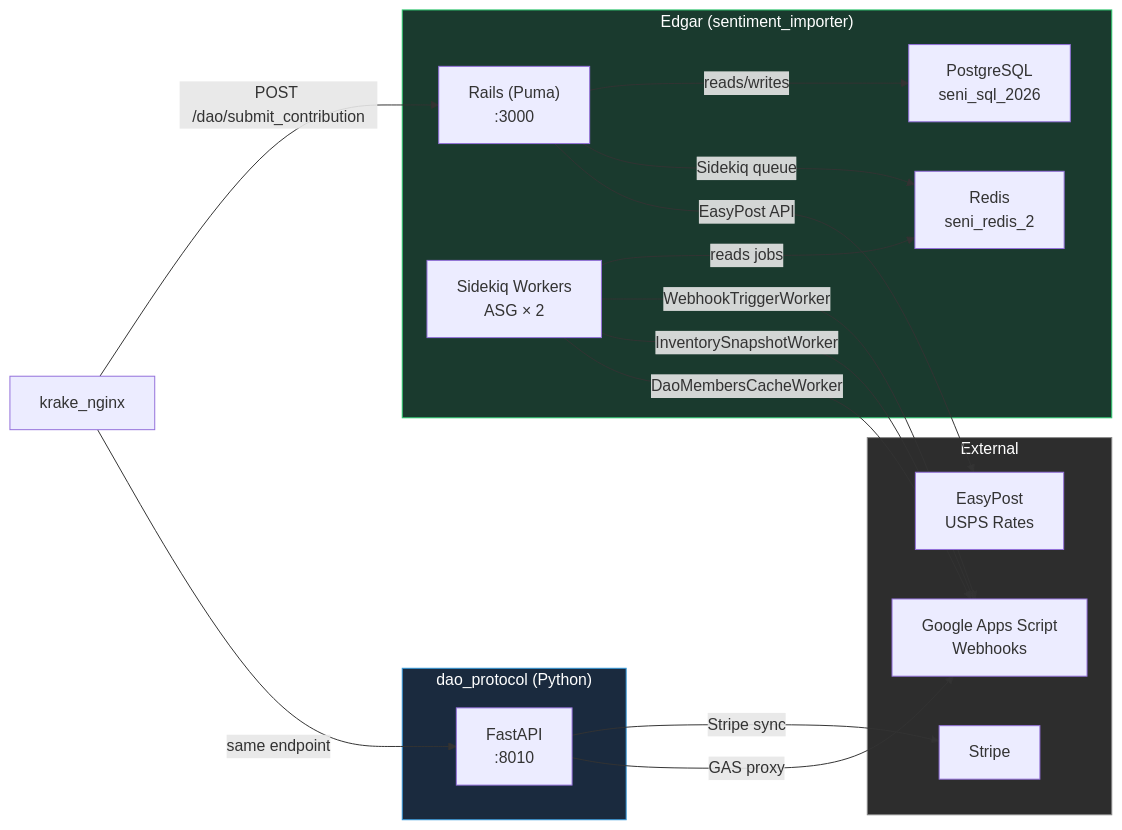
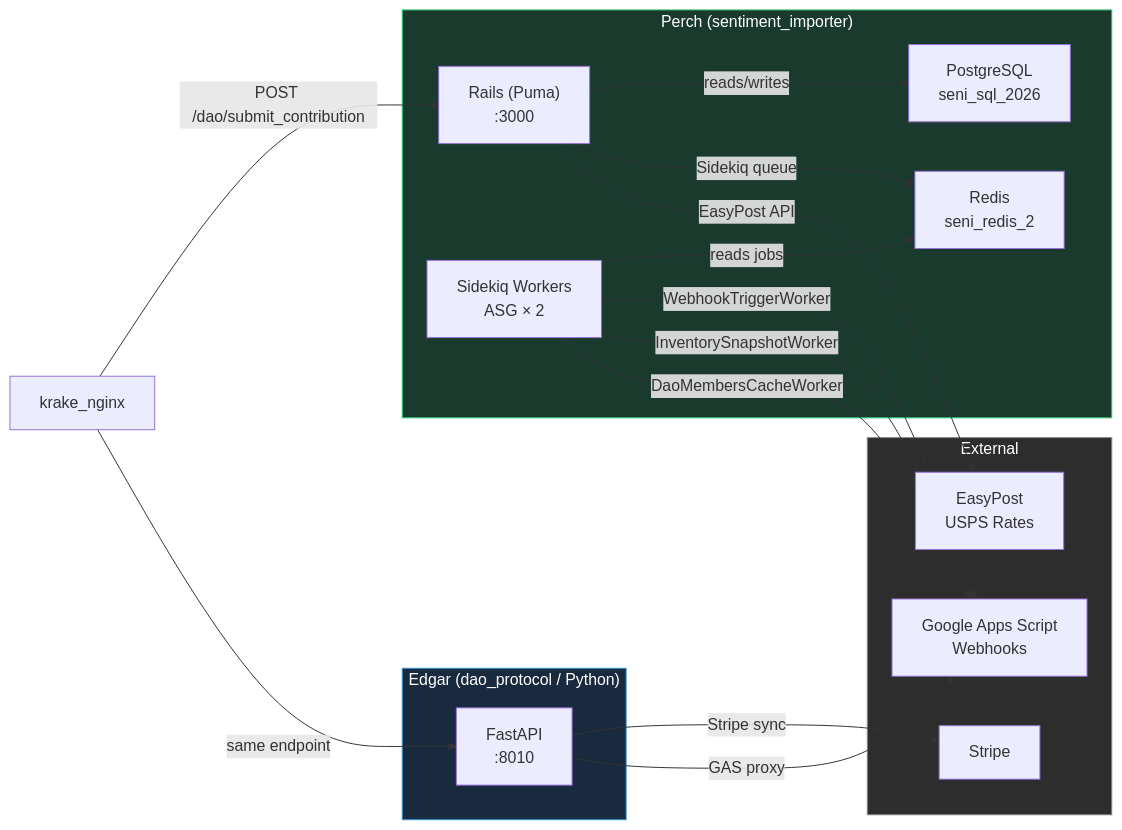
Before and after one commit to TrueSightDAO/agentic_ai_context: the second of 2 diagrams in AWS_DIGITAL_INFRASTRUCTURE.md, drawn with Mermaid. The commit also changed other lines of this file and 3 other files, not shown here.

First line of the commit message:
docs: refresh Edgar/Perch naming across all canonical context files

````diff
--- a/AWS_DIGITAL_INFRASTRUCTURE.md
+++ b/AWS_DIGITAL_INFRASTRUCTURE.md
@@ -65,37 +65,37 @@
 ```mermaid
 flowchart LR
     subgraph External["External"]
         GAS["Google Apps Script\nWebhooks"]
         Stripe["Stripe"]
         EasyPost["EasyPost\nUSPS Rates"]
     end
 
-    subgraph EdgarStack["Edgar (sentiment_importer)"]
+    subgraph PerchStack["Perch (sentiment_importer)"]
         Rails["Rails (Puma)\n:3000"]
         SK["Sidekiq Workers\nASG × 2"]
         PG["PostgreSQL\nseni_sql_2026"]
         RD["Redis\nseni_redis_2"]
     end
 
-    subgraph PythonStack["dao_protocol (Python)"]
+    subgraph EdgarStack["Edgar (dao_protocol / Python)"]
         FastAPI["FastAPI\n:8010"]
     end
 
     Nginx["krake_nginx"] -->|POST /dao/submit_contribution| Rails
     Nginx -->|same endpoint| FastAPI
 
     Rails -->|reads/writes| PG
     Rails -->|Sidekiq queue| RD
     SK -->|reads jobs| RD
     SK -->|WebhookTriggerWorker| GAS
     SK -->|InventorySnapshotWorker| GAS
     SK -->|DaoMembersCacheWorker| GAS
 
     Rails -->|EasyPost API| EasyPost
     FastAPI -->|Stripe sync| Stripe
     FastAPI -->|GAS proxy| GAS
 
     style External fill:#2d2d2d,color:#fff,stroke:#888
-    style EdgarStack fill:#1a3a2e,color:#fff,stroke:#2ecc71
-    style PythonStack fill:#1a2a3e,color:#fff,stroke:#3498db
+    style PerchStack fill:#1a3a2e,color:#fff,stroke:#2ecc71
+    style EdgarStack fill:#1a2a3e,color:#fff,stroke:#3498db
 ```
````
